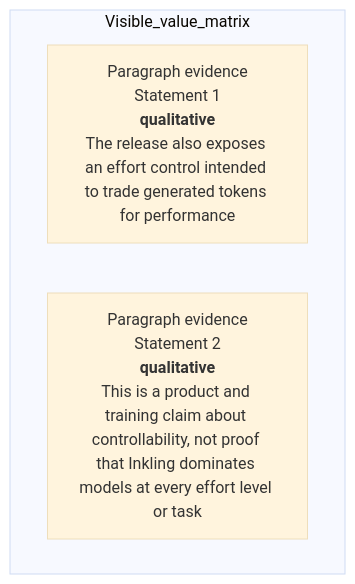
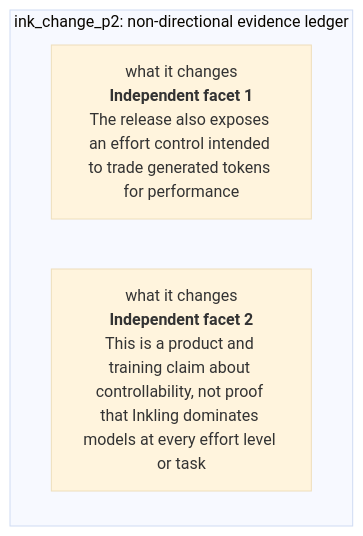
Diagram 11 of 57 in docs/visual-manifests/VISUAL_MANIFEST_INKLING.md (Betancourt1/paper_atlas), drawn with Mermaid (base theme) before and after one commit. The commit also changed other lines of this file and 7 other files, not shown here.

````diff
--- a/docs/visual-manifests/VISUAL_MANIFEST_INKLING.md
+++ b/docs/visual-manifests/VISUAL_MANIFEST_INKLING.md
@@ -816,7 +823,7 @@
 ```mermaid
 flowchart TB
-  subgraph Visible_value_matrix
-    r1["Paragraph evidence<br/>Statement 1<br/><b>qualitative</b><br/>The release also exposes an effort control intended to trade generated tokens for performance"]
-    r2["Paragraph evidence<br/>Statement 2<br/><b>qualitative</b><br/>This is a product and training claim about controllability, not proof that Inkling dominates models at every effort level or task"]
+  subgraph Ledger["ink_change_p2: non-directional evidence ledger"]
+    r1["what it changes<br/><b>Independent facet 1</b><br/>The release also exposes an effort control intended to trade generated tokens for performance"]
+    r2["what it changes<br/><b>Independent facet 2</b><br/>This is a product and training claim about controllability, not proof that Inkling dominates models at every effort level or task"]
   end
 ```
````
